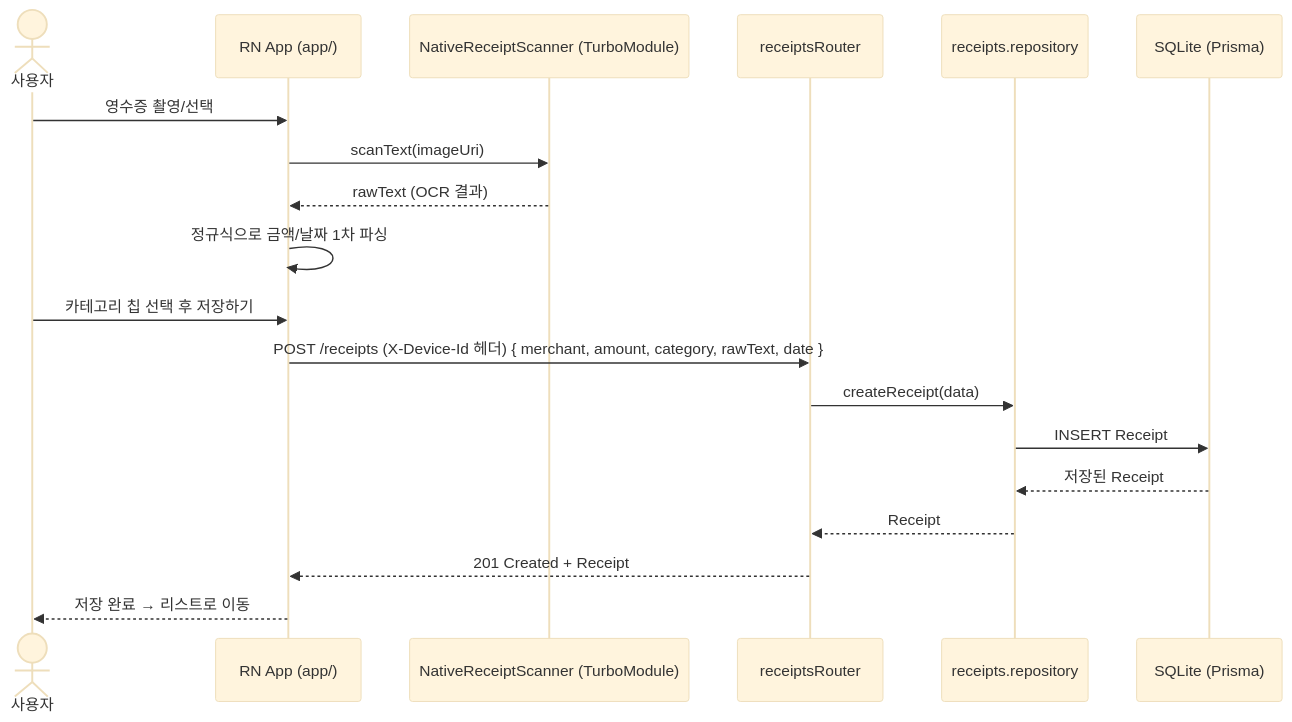
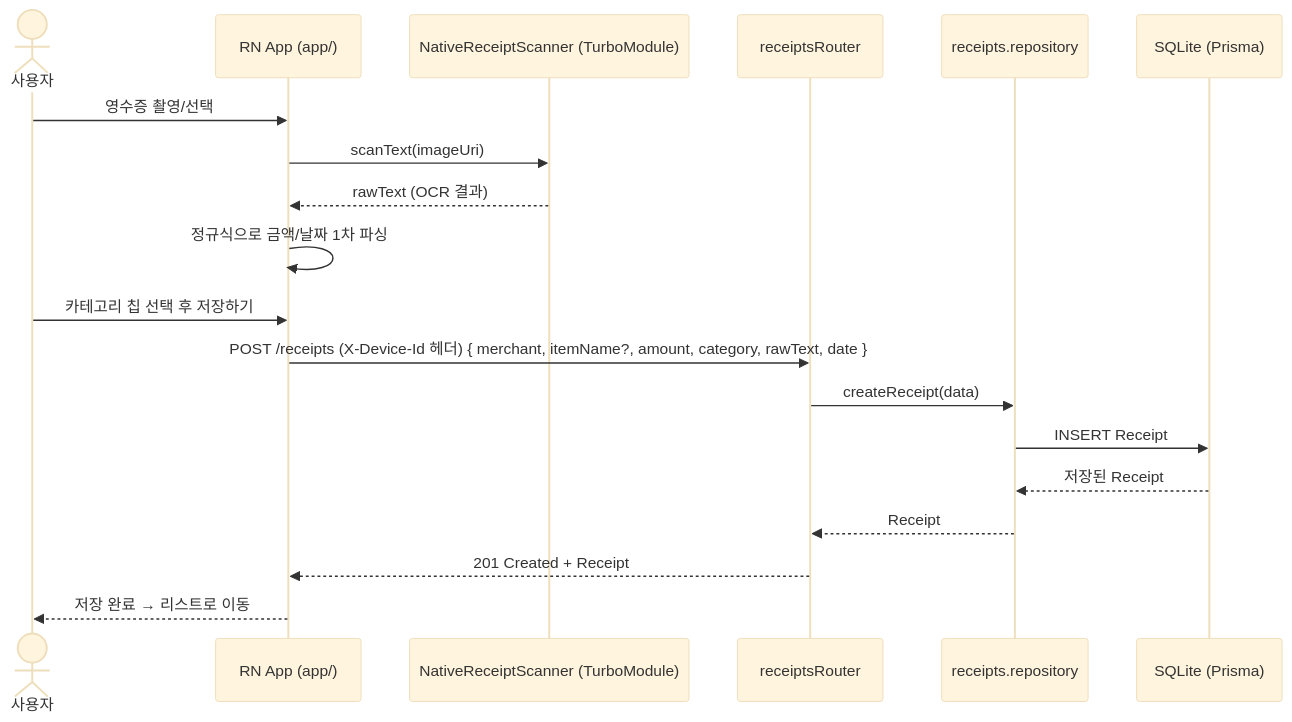
The third of 7 diagrams in docs/architecture.md (silverj0805/receipt-scanner-server), drawn with Mermaid (base theme) before and after one commit. The commit also changed other lines of this file and 8 other files, not shown here.

Commit message:
feat: 상품명(itemName) 선택 필드 추가

````diff
--- a/docs/architecture.md
+++ b/docs/architecture.md
@@ -105,22 +107,22 @@
 ```mermaid
 sequenceDiagram
     actor U as 사용자
     participant App as RN App (app/)
     participant Native as NativeReceiptScanner (TurboModule)
     participant API as receiptsRouter
     participant Repo as receipts.repository
     participant DB as SQLite (Prisma)
 
     U->>App: 영수증 촬영/선택
     App->>Native: scanText(imageUri)
     Native-->>App: rawText (OCR 결과)
     App->>App: 정규식으로 금액/날짜 1차 파싱
     U->>App: 카테고리 칩 선택 후 저장하기
-    App->>API: POST /receipts (X-Device-Id 헤더) { merchant, amount, category, rawText, date }
+    App->>API: POST /receipts (X-Device-Id 헤더) { merchant, itemName?, amount, category, rawText, date }
     API->>Repo: createReceipt(data)
     Repo->>DB: INSERT Receipt
     DB-->>Repo: 저장된 Receipt
     Repo-->>API: Receipt
     API-->>App: 201 Created + Receipt
     App-->>U: 저장 완료 → 리스트로 이동
 ```
````
